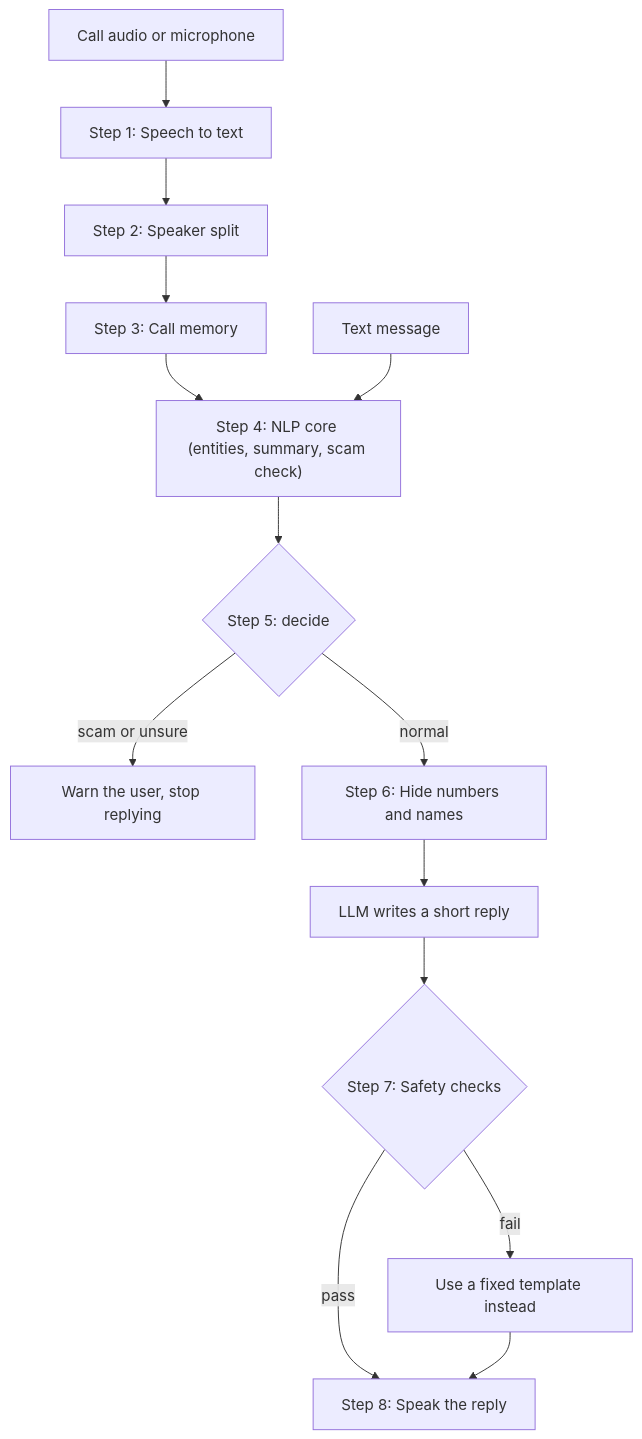
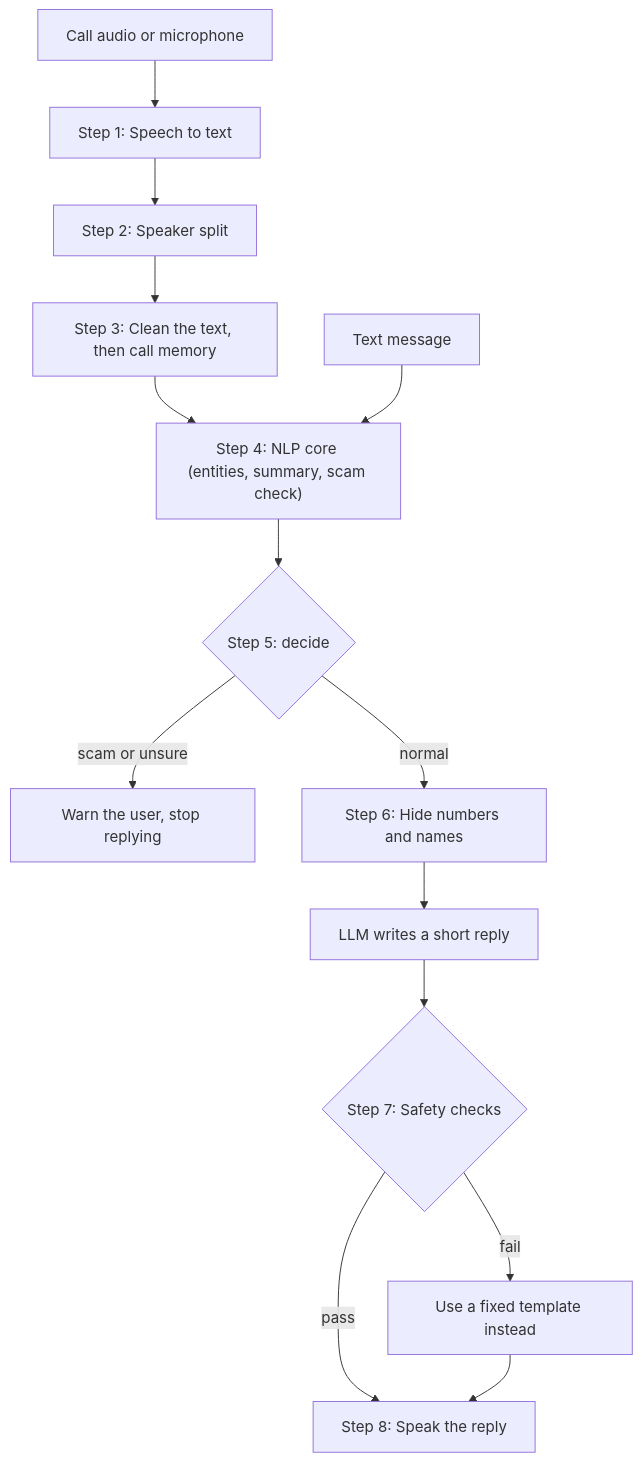
The diagram in docs/how-it-works.md (ZenithGeeks/Callas), drawn with Mermaid before and after one commit. The commit also changed other lines of this file and 2 other files, not shown here.

````diff
--- a/docs/how-it-works.md
+++ b/docs/how-it-works.md
@@ -24,16 +24,16 @@
 ```mermaid
 flowchart TD
     A["Call audio or microphone"] --> B["Step 1: Speech to text"]
     B --> C["Step 2: Speaker split"]
-    C --> D["Step 3: Call memory"]
+    C --> D["Step 3: Clean the text, then call memory"]
     D --> E["Step 4: NLP core (entities, summary, scam check)"]
     E --> F{"Step 5: decide"}
     F -->|"scam or unsure"| G["Warn the user, stop replying"]
     F -->|"normal"| H["Step 6: Hide numbers and names"]
     H --> I["LLM writes a short reply"]
     I --> J{"Step 7: Safety checks"}
     J -->|"pass"| K["Step 8: Speak the reply"]
     J -->|"fail"| L["Use a fixed template instead"]
     L --> K
     M["Text message"] --> E
 ```
````
